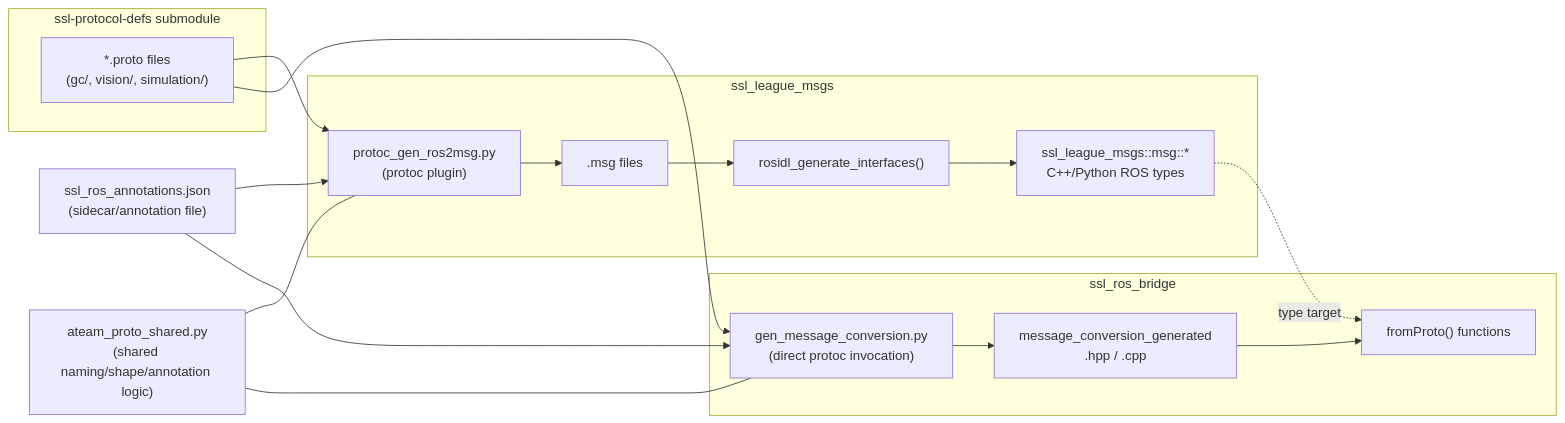
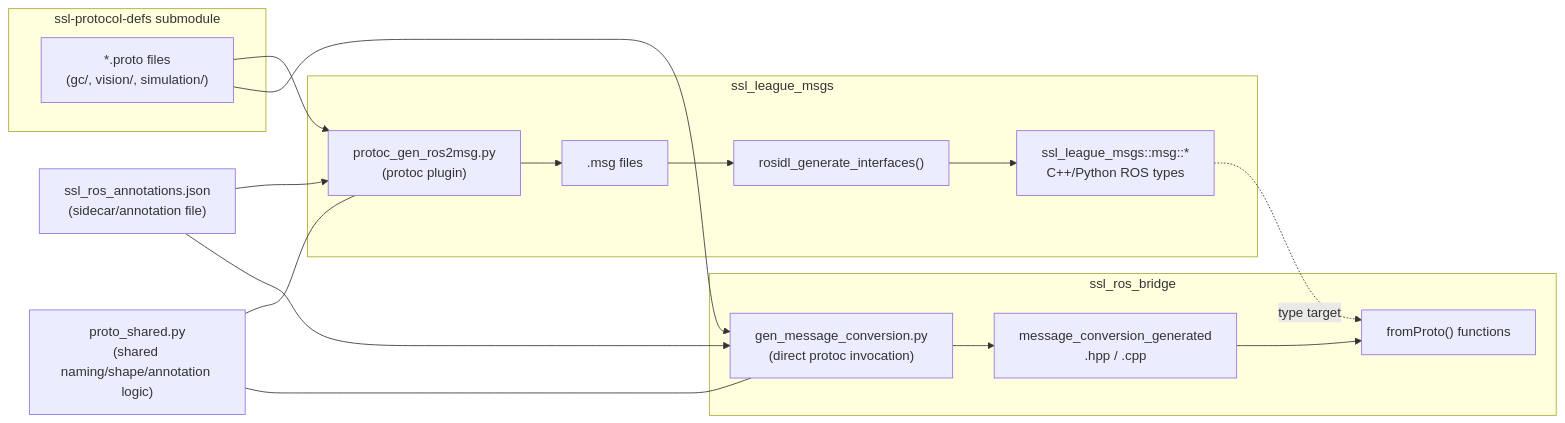
The second of 4 diagrams in ARCHITECTURE.md (SSL-A-Team/ssl_ros_bridge), drawn with Mermaid before and after one commit. The commit also changed other lines of this file and 10 other files, not shown here.

````diff
--- a/ARCHITECTURE.md
+++ b/ARCHITECTURE.md
@@ -51,33 +51,33 @@
 ```mermaid
 flowchart LR
     subgraph submodule["ssl-protocol-defs submodule"]
         protos["*.proto files\n(gc/, vision/, simulation/)"]
     end
 
     annotations["ssl_ros_annotations.json\n(sidecar/annotation file)"]
 
     subgraph msgs["ssl_league_msgs"]
         plugin["protoc_gen_ros2msg.py\n(protoc plugin)"]
         msgfiles[".msg files"]
         rosidl["rosidl_generate_interfaces()"]
         rostypes["ssl_league_msgs::msg::*\nC++/Python ROS types"]
     end
 
     subgraph bridgegen["ssl_ros_bridge"]
         convgen["gen_message_conversion.py\n(direct protoc invocation)"]
         convsrc["message_conversion_generated\n.hpp / .cpp"]
         fromproto["fromProto() functions"]
     end
 
-    shared["ateam_proto_shared.py\n(shared naming/shape/annotation logic)"]
+    shared["proto_shared.py\n(shared naming/shape/annotation logic)"]
 
     protos --> plugin
     protos --> convgen
     annotations --> plugin
     annotations --> convgen
     shared --- plugin
     shared --- convgen
     plugin --> msgfiles --> rosidl --> rostypes
     convgen --> convsrc --> fromproto
     rostypes -.type target.-> fromproto
 ```
````
